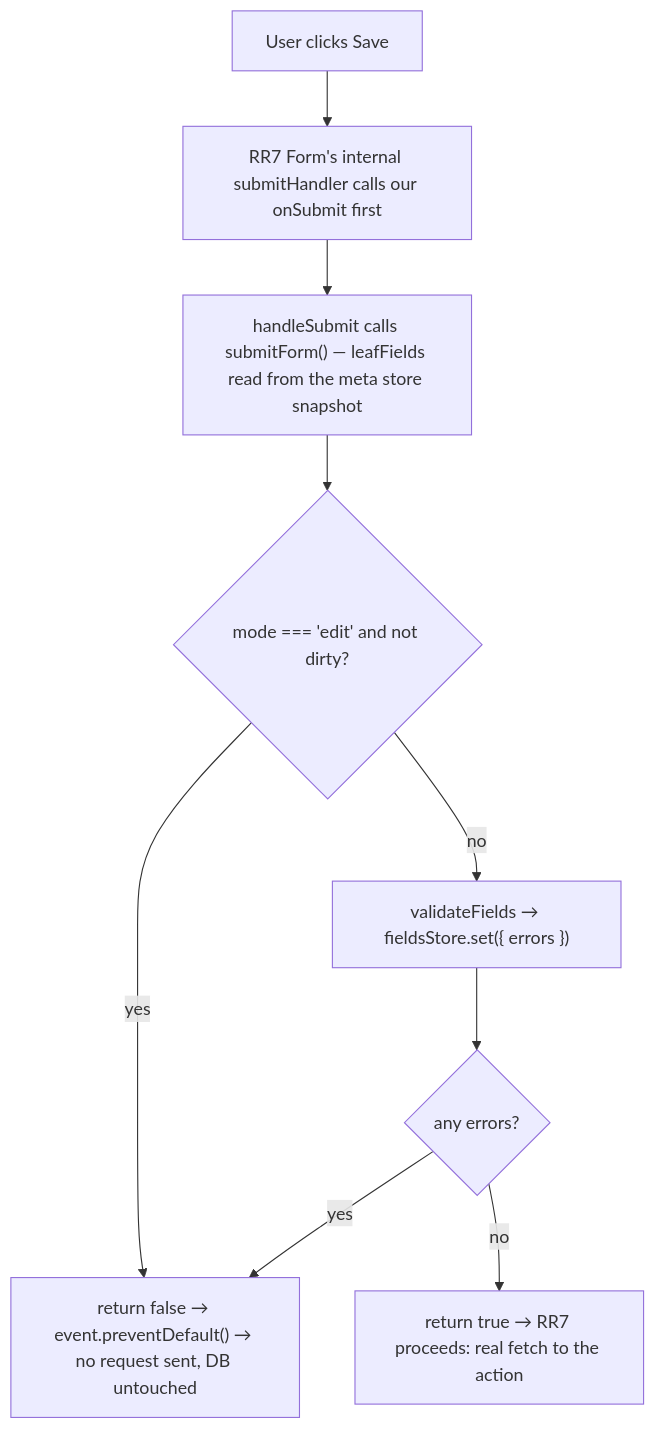
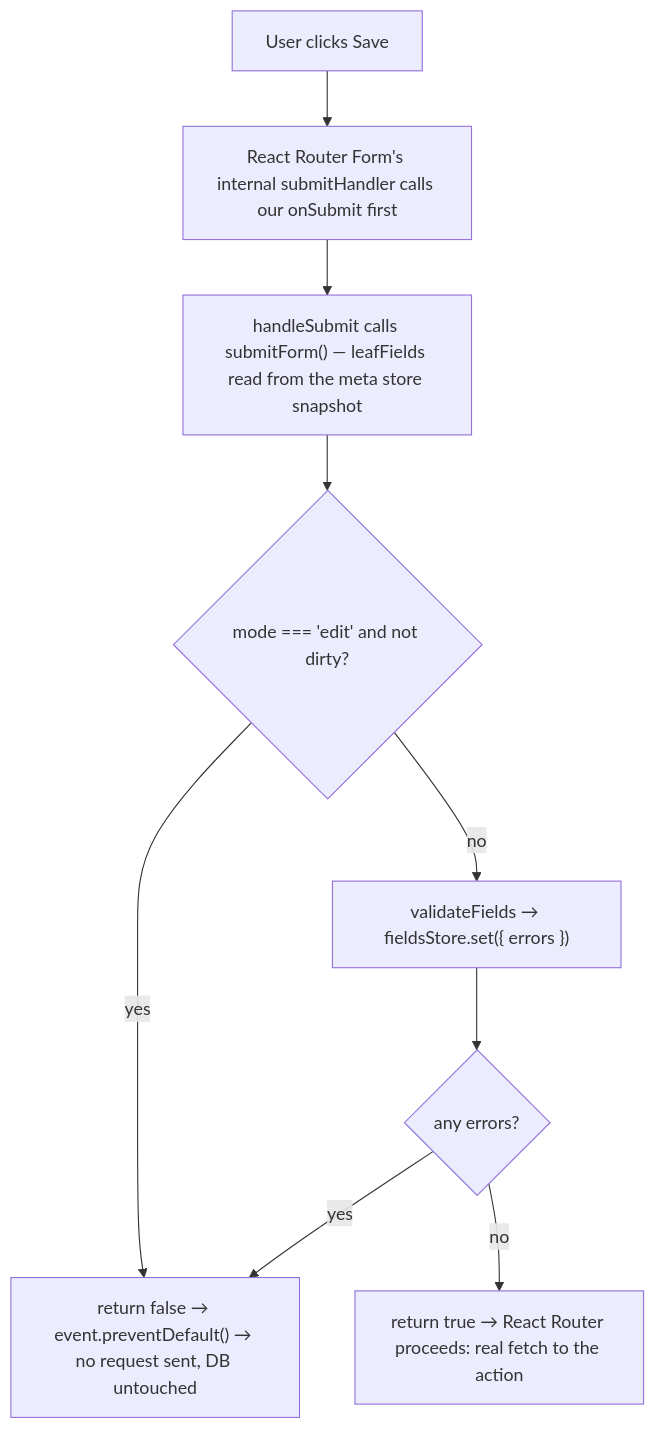
One commit to luciocabrera/lcabrera-stack changed the second of 3 diagrams in packages/ui/src/components/Form/ARCHITECTURE.md. Above: the diagram before and after it, drawn with Mermaid. The commit also changed other lines of this file and 15 other files, not shown here.

````diff
--- a/packages/ui/src/components/Form/ARCHITECTURE.md
+++ b/packages/ui/src/components/Form/ARCHITECTURE.md
@@ -267,11 +267,11 @@
 ```mermaid
 graph TD
-  A["User clicks Save"] --> B["RR7 Form's internal submitHandler calls our onSubmit first"]
+  A["User clicks Save"] --> B["React Router Form's internal submitHandler calls our onSubmit first"]
   B --> C["handleSubmit calls submitForm() — leafFields read from the meta store snapshot"]
   C --> D{"mode === 'edit' and not dirty?"}
   D -->|"yes"| E["return false → event.preventDefault() → no request sent, DB untouched"]
   D -->|"no"| F["validateFields → fieldsStore.set({ errors })"]
   F --> G{"any errors?"}
   G -->|"yes"| E
-  G -->|"no"| H["return true → RR7 proceeds: real fetch to the action"]
+  G -->|"no"| H["return true → React Router proceeds: real fetch to the action"]
 ```
````
